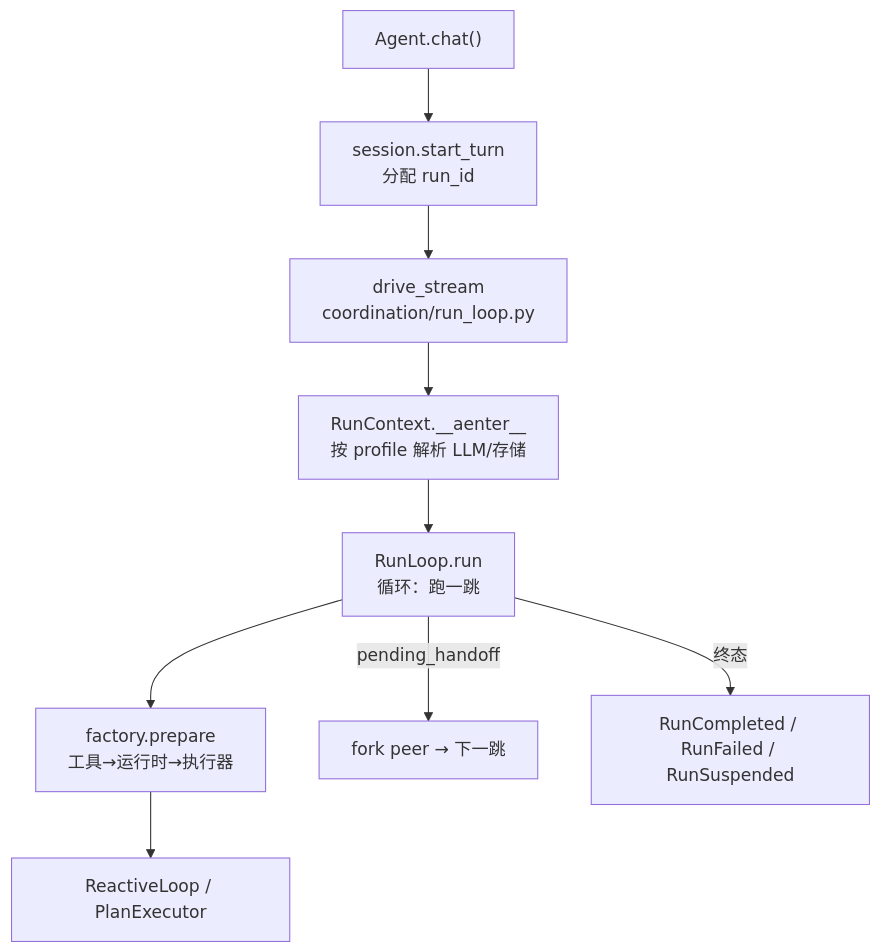
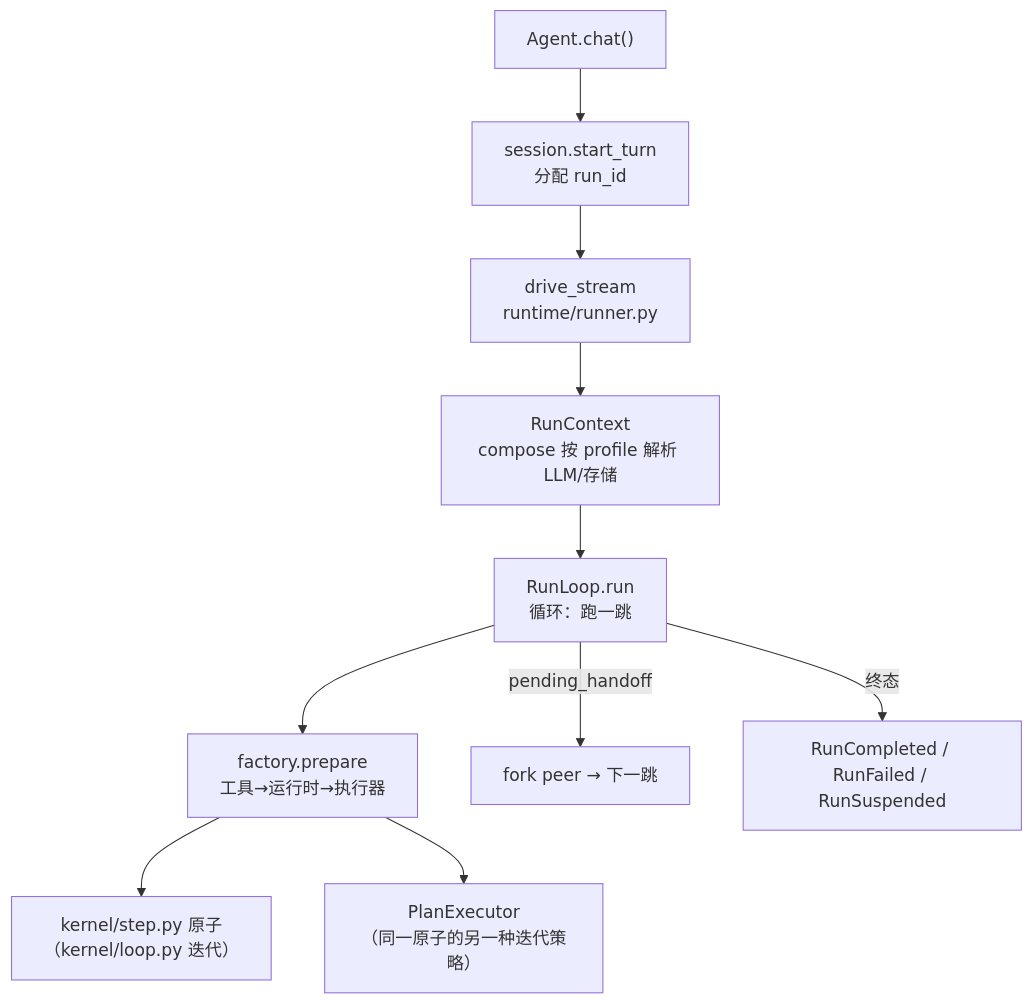
Before and after one commit to limenagent/prodagent: the diagram in docs/tour/05-loop.md, drawn with Mermaid. The commit also changed other lines of this file and 7 other files, not shown here.

````diff
--- a/docs/tour/05-loop.md
+++ b/docs/tour/05-loop.md
@@ -71,11 +83,12 @@
 ```mermaid
 flowchart TD
     A["Agent.chat()"] --> S["session.start_turn<br/>分配 run_id"]
-    S --> D["drive_stream<br/>coordination/run_loop.py"]
-    D --> C["RunContext.__aenter__<br/>按 profile 解析 LLM/存储"]
+    S --> D["drive_stream<br/>runtime/runner.py"]
+    D --> C["RunContext<br/>compose 按 profile 解析 LLM/存储"]
     C --> R["RunLoop.run<br/>循环：跑一跳"]
     R --> F["factory.prepare<br/>工具→运行时→执行器"]
-    F --> X["ReactiveLoop / PlanExecutor"]
+    F --> K["kernel/step.py 原子<br/>（kernel/loop.py 迭代）"]
+    F --> X["PlanExecutor<br/>（同一原子的另一种迭代策略）"]
     R -->|"pending_handoff"| P["fork peer → 下一跳"]
     R -->|"终态"| E["RunCompleted / RunFailed / RunSuspended"]
 ```
````
